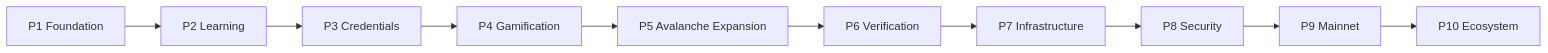
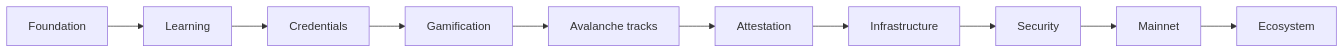
One commit to Talent-Index/forj changed the diagram in docs/ROADMAP.md. Above: the diagram before and after it, drawn with Mermaid. The commit also changed other lines of this file and 9 other files, not shown here.

````diff
--- a/docs/ROADMAP.md
+++ b/docs/ROADMAP.md
@@ -14,12 +16,12 @@
 ```mermaid
 flowchart LR
-  P1[P1 Foundation] --> P2[P2 Learning]
-  P2 --> P3[P3 Credentials]
-  P3 --> P4[P4 Gamification]
-  P4 --> P5[P5 Avalanche Expansion]
-  P5 --> P6[P6 Verification]
-  P6 --> P7[P7 Infrastructure]
-  P7 --> P8[P8 Security]
-  P8 --> P9[P9 Mainnet]
-  P9 --> P10[P10 Ecosystem]
+  P1[Foundation] --> P2[Learning]
+  P2 --> P3[Credentials]
+  P3 --> P4[Gamification]
+  P4 --> P5[Avalanche tracks]
+  P5 --> P6[Attestation]
+  P6 --> P7[Infrastructure]
+  P7 --> P8[Security]
+  P8 --> P9[Mainnet]
+  P9 --> P10[Ecosystem]
 ```
````
